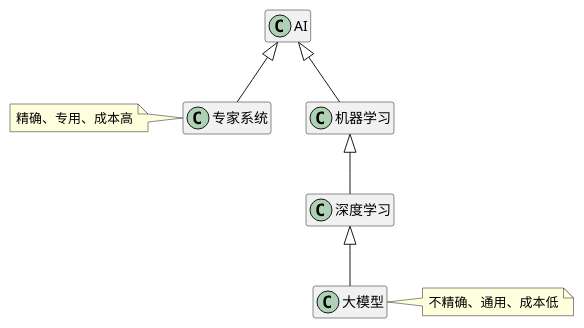
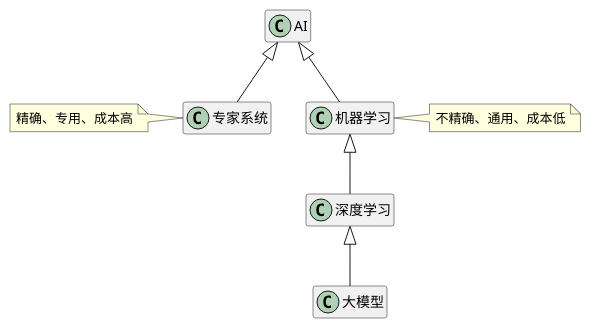
One commit to asnowwolf/ralph.wang changed the diagram in assets/content/slides/introduction-to-aigc.md. Above: the diagram before and after it, drawn with PlantUML. The commit also changed 2 other files, not shown here.

Commit message:
deploy: fix: 更换微信 @ asnowwolf/freelancer-ui@990c302f5b2129c915b9abf720a4ea8a1d817615

```diff
--- a/assets/content/slides/introduction-to-aigc.md
+++ b/assets/content/slides/introduction-to-aigc.md
@@ -35,20 +35,20 @@
 @startuml
 
 skinparam backgroundColor none
 
 hide empty members
 
 AI <|-- 专家系统
 AI <|-- 机器学习
 机器学习 <|-- 深度学习
 深度学习 <|-- 大模型
 
 note left of 专家系统
 精确、专用、成本高
 end note
 
-note right of 大模型
+note right of 机器学习
 不精确、通用、成本低
 end note
 
 @enduml
```
